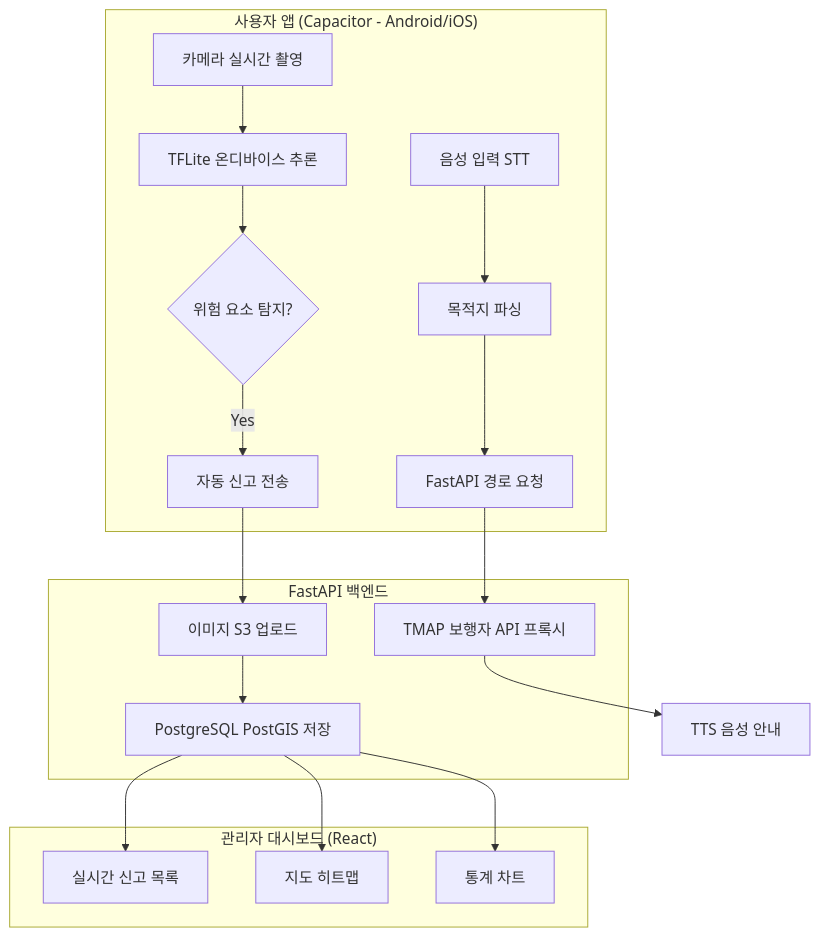
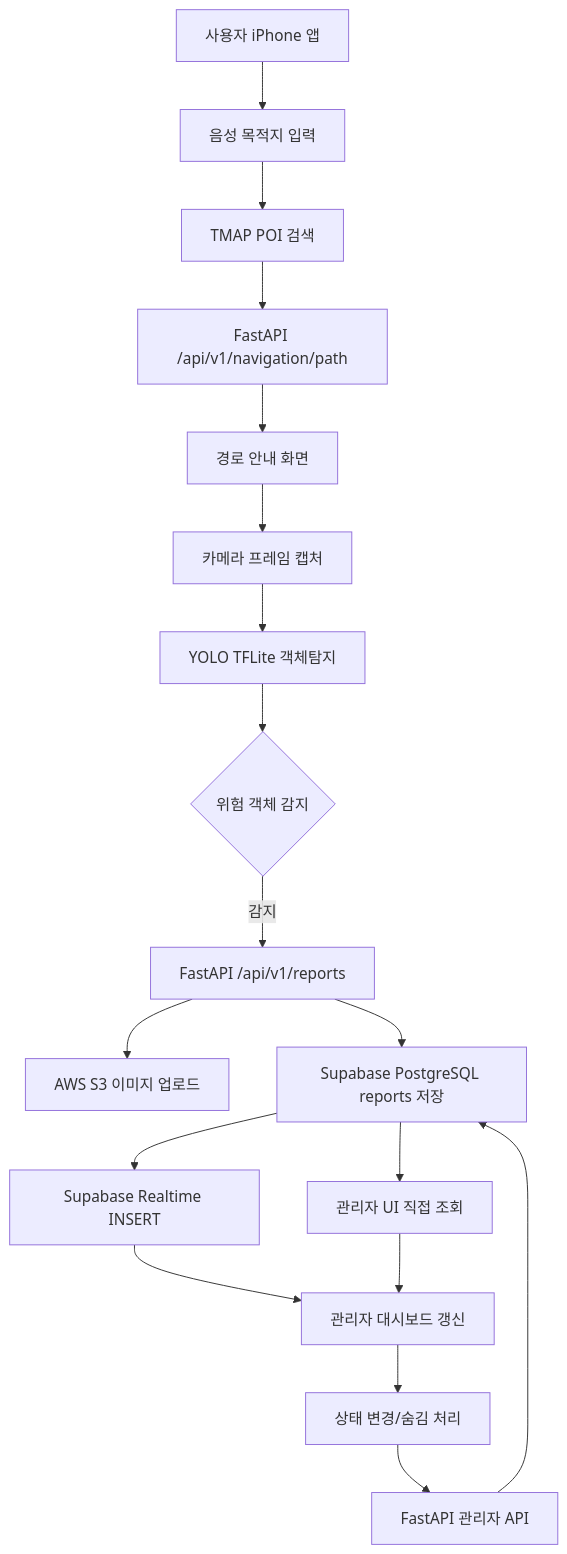
One commit to Evan-Yoon/cvProjectTeam3 changed the diagram in README.md. Above: the diagram before and after it, drawn with Mermaid. The commit also changed other lines of this file and 38 other files, not shown here.

````diff
--- a/README.md
+++ b/README.md
@@ -30,24 +51,20 @@
 ```mermaid
-graph TD
-    subgraph "사용자 앱 (Capacitor - Android/iOS)"
-        A[음성 입력 STT] --> B[목적지 파싱]
-        B --> C[FastAPI 경로 요청]
-        D[카메라 실시간 촬영] --> E[TFLite 온디바이스 추론]
-        E --> F{위험 요소 탐지?}
-        F -- Yes --> G[자동 신고 전송]
-    end
-
-    subgraph "FastAPI 백엔드"
-        C --> H[TMAP 보행자 API 프록시]
-        G --> I[이미지 S3 업로드]
-        I --> J[PostgreSQL PostGIS 저장]
-    end
-
-    subgraph "관리자 대시보드 (React)"
-        J --> K[실시간 신고 목록]
-        J --> L[지도 히트맵]
-        J --> M[통계 차트]
-    end
-
-    H --> N[TTS 음성 안내]
+flowchart TD
+    A["사용자 iPhone 앱"] --> B["음성 목적지 입력"]
+    B --> C["TMAP POI 검색"]
+    C --> D["FastAPI /api/v1/navigation/path"]
+    D --> E["경로 안내 화면"]
+    E --> F["카메라 프레임 캡처"]
+    F --> G["YOLO TFLite 객체탐지"]
+    G --> H{"위험 객체 감지"}
+    H -->|감지| I["FastAPI /api/v1/reports"]
+    I --> J["AWS S3 이미지 업로드"]
+    I --> K["Supabase PostgreSQL reports 저장"]
+    K --> L["Supabase Realtime INSERT"]
+    K --> M["관리자 UI 직접 조회"]
+    L --> N["관리자 대시보드 갱신"]
+    M --> N
+    N --> O["상태 변경/숨김 처리"]
+    O --> P["FastAPI 관리자 API"]
+    P --> K
 ```
````
